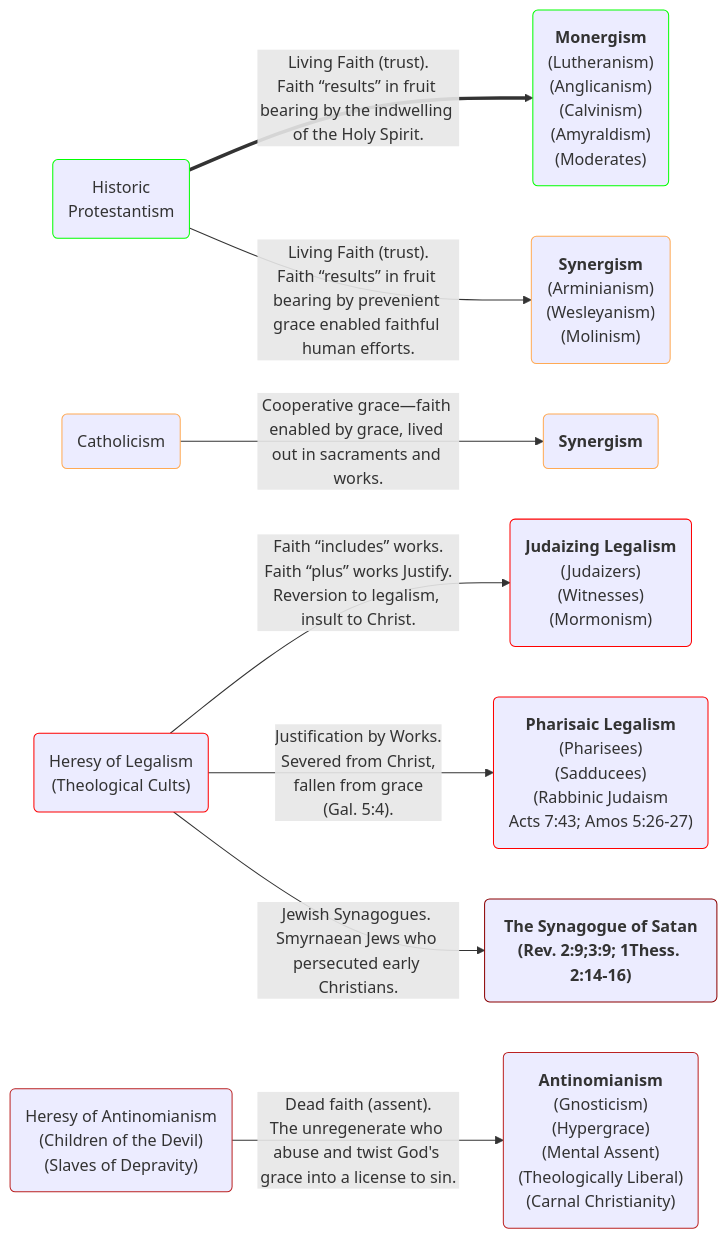
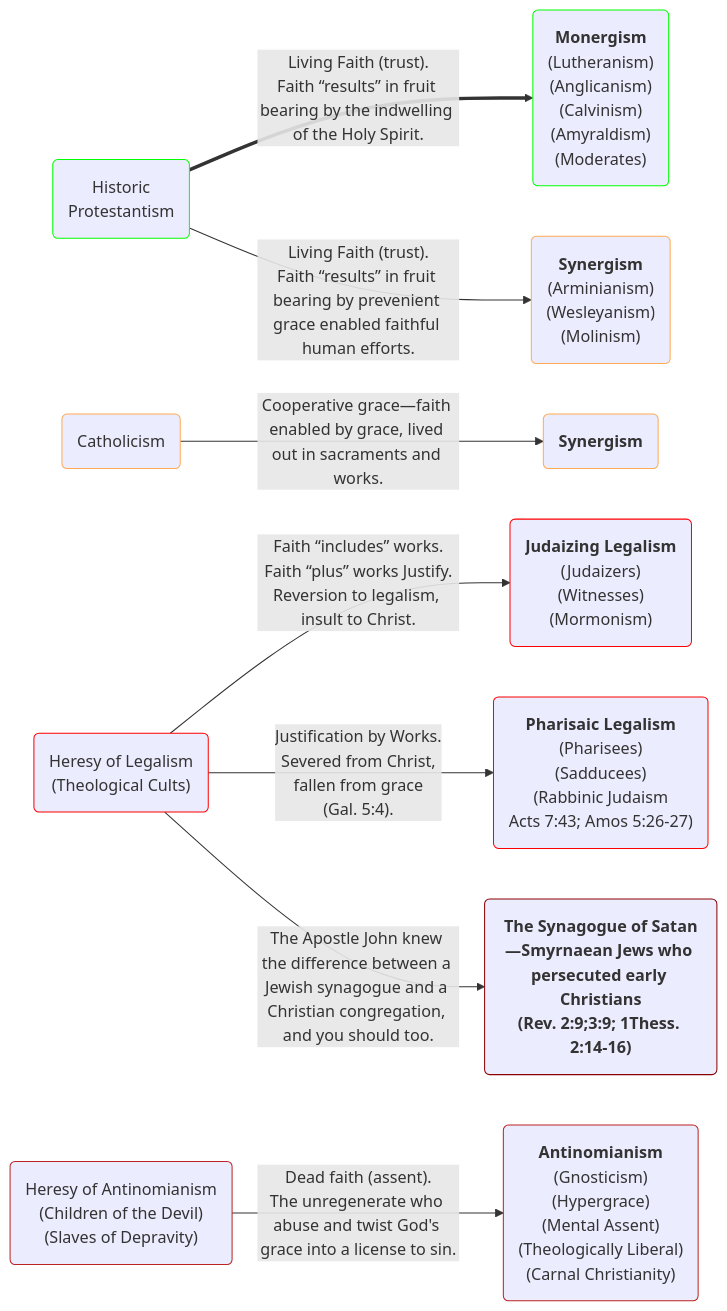
The first of 2 diagrams in _posts/2025-08-03-historic-protestant-position.markdown (OrdoLuminis/ordoluminis.github.io), drawn with Mermaid before and after one commit. The commit also changed other lines of this file, not shown here.

Commit message:
augmented

````diff
--- a/_posts/2025-08-03-historic-protestant-position.markdown
+++ b/_posts/2025-08-03-historic-protestant-position.markdown
@@ -55,21 +55,21 @@
 ```mermaid
 flowchart LR
     A(Historic<br>Protestantism):::green
     B(Catholicism):::orange
     C(Heresy of Legalism<br>&lpar;Theological Cults&rpar;):::red
     D(Heresy of Antinomianism<br>&lpar;Children of the Devil&rpar;<br>&lpar;Slaves of Depravity&rpar;):::firebrick
     A ==>|Living Faith &lpar;trust&rpar;.<br>Faith &ldquo;results&rdquo; in fruit bearing by the indwelling of the Holy Spirit.| G(<strong>Monergism</strong><br>&lpar;Lutheranism&rpar;<br>&lpar;Anglicanism&rpar;<br>&lpar;Calvinism&rpar;<br>&lpar;Amyraldism&rpar;<br>&lpar;Moderates&rpar;):::green
     A -->|Living Faith &lpar;trust&rpar;.<br>Faith &ldquo;results&rdquo; in fruit bearing by prevenient grace enabled faithful human efforts.| H(<strong>Synergism</strong><br>&lpar;Arminianism&rpar;<br>&lpar;Wesleyanism&rpar;<br>&lpar;Molinism&rpar;):::orange
     B -->|Cooperative grace&mdash;faith enabled by grace, lived out in sacraments and works.| I(<strong>Synergism</strong>):::orange
     C -->|Faith &ldquo;includes&rdquo; works.<br>Faith &ldquo;plus&rdquo; works Justify.<br>Reversion to legalism, insult to Christ.| J(<strong>Judaizing Legalism</strong><br>&lpar;Judaizers&rpar;<br>&lpar;Witnesses&rpar;<br>&lpar;Mormonism&rpar;):::red
     C -->|Justification by Works.<br>Severed from Christ,<br>fallen from grace<br>&lpar;Gal. 5:4&rpar;.| K(<strong>Pharisaic Legalism</strong><br>&lpar;Pharisees&rpar;<br>&lpar;Sadducees&rpar;<br>&lpar;Rabbinic Judaism<br>Acts 7:43; Amos 5:26-27&rpar;):::red
-    C -->|Jewish Synagogues. Smyrnaean Jews who persecuted early Christians.| M(<strong>The Synagogue of Satan<br>&lpar;Rev. 2:9;3:9; 1Thess. 2:14-16&rpar;):::darkred
+    C -->|The Apostle John knew the difference between a Jewish synagogue and a Christian congregation, and you should too.| M(<strong>The Synagogue of Satan—Smyrnaean Jews who persecuted early Christians<br>&lpar;Rev. 2:9;3:9; 1Thess. 2:14-16&rpar;):::darkred
     D -->|Dead faith &lpar;assent&rpar;.<br>The unregenerate who abuse and twist God's grace into a license to sin.| L(<strong>Antinomianism</strong><br>&lpar;Gnosticism&rpar;<br>&lpar;Hypergrace&rpar;<br>&lpar;Mental Assent&rpar;<br>&lpar;Theologically Liberal&rpar;<br>&lpar;Carnal Christianity&rpar;):::firebrick
     classDef red stroke:#f00
     classDef green stroke:#0f0
     classDef lightgreen stroke:#Bf0
     classDef orange stroke:#fa5
     classDef firebrick stroke:#b22
     classDef darkred stroke:#8B0000
     classDef darkerred stroke:#701705
 ```
````
